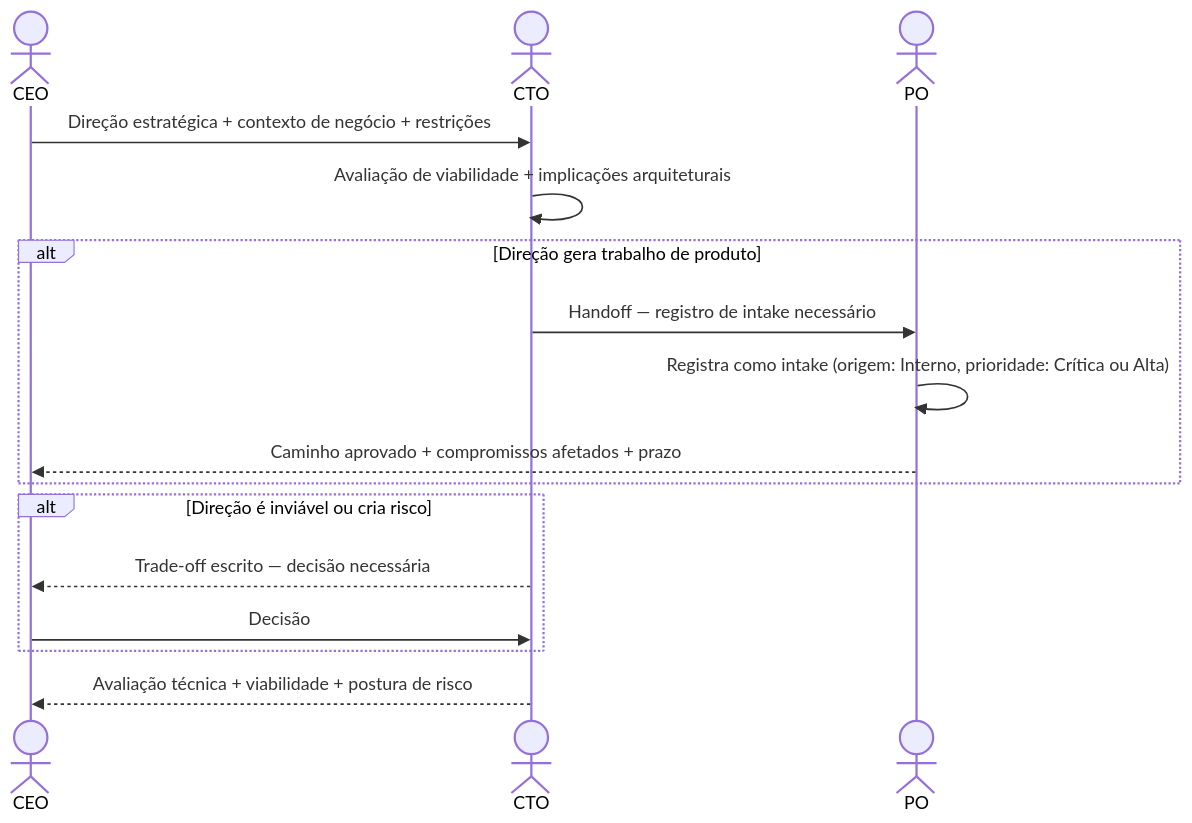
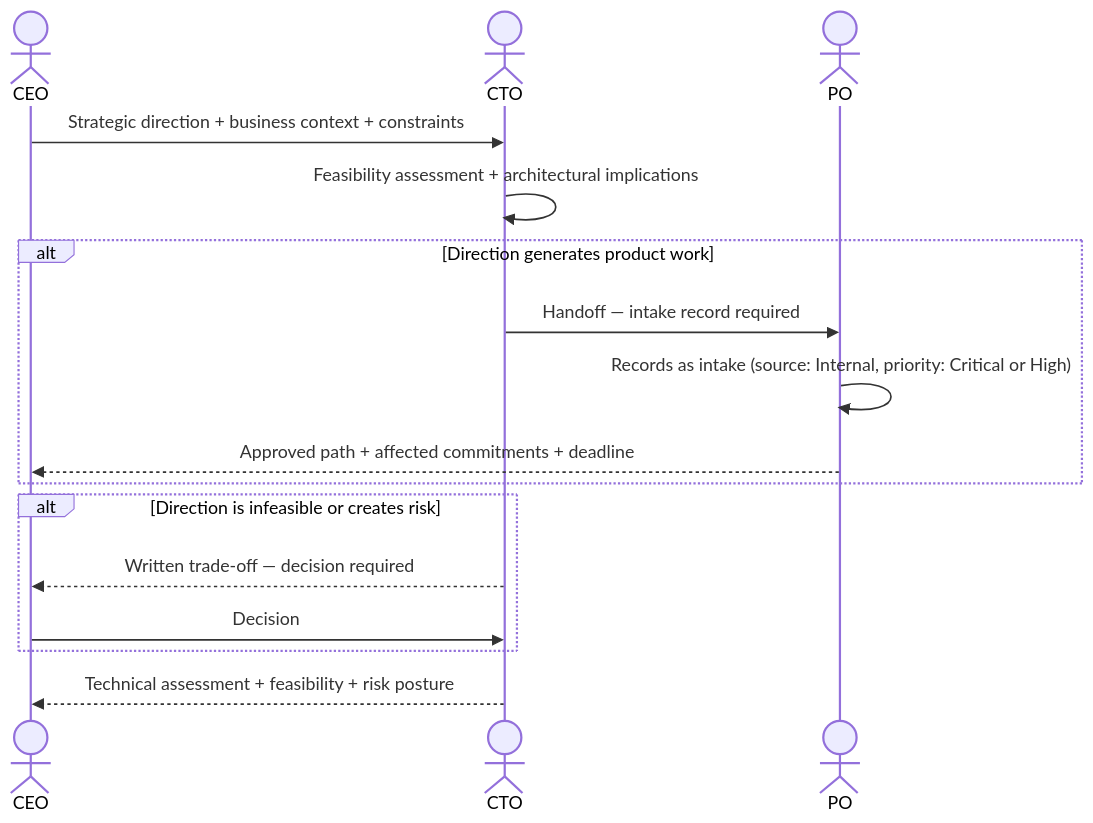
The diagram in interactions/04-ceo-to-cto.md (hugo-hsbtech/teamwork-process), drawn with Mermaid before and after one commit. The commit also changed other lines of this file and 63 other files, not shown here.

````diff
--- a/interactions/04-ceo-to-cto.md
+++ b/interactions/04-ceo-to-cto.md
@@ -62,22 +62,22 @@
 ```mermaid
 sequenceDiagram
     actor CEO as CEO
     actor CTO as CTO
     actor PO as PO
 
-    CEO->>CTO: Direção estratégica + contexto de negócio + restrições
-    CTO->>CTO: Avaliação de viabilidade + implicações arquiteturais
+    CEO->>CTO: Strategic direction + business context + constraints
+    CTO->>CTO: Feasibility assessment + architectural implications
 
-    alt Direção gera trabalho de produto
-        CTO->>PO: Handoff — registro de intake necessário
-        PO->>PO: Registra como intake (origem: Interno, prioridade: Crítica ou Alta)
-        PO-->>CEO: Caminho aprovado + compromissos afetados + prazo
+    alt Direction generates product work
+        CTO->>PO: Handoff — intake record required
+        PO->>PO: Records as intake (source: Internal, priority: Critical or High)
+        PO-->>CEO: Approved path + affected commitments + deadline
     end
 
-    alt Direção é inviável ou cria risco
-        CTO-->>CEO: Trade-off escrito — decisão necessária
-        CEO->>CTO: Decisão
+    alt Direction is infeasible or creates risk
+        CTO-->>CEO: Written trade-off — decision required
+        CEO->>CTO: Decision
     end
 
-    CTO-->>CEO: Avaliação técnica + viabilidade + postura de risco
+    CTO-->>CEO: Technical assessment + feasibility + risk posture
 ```
````
